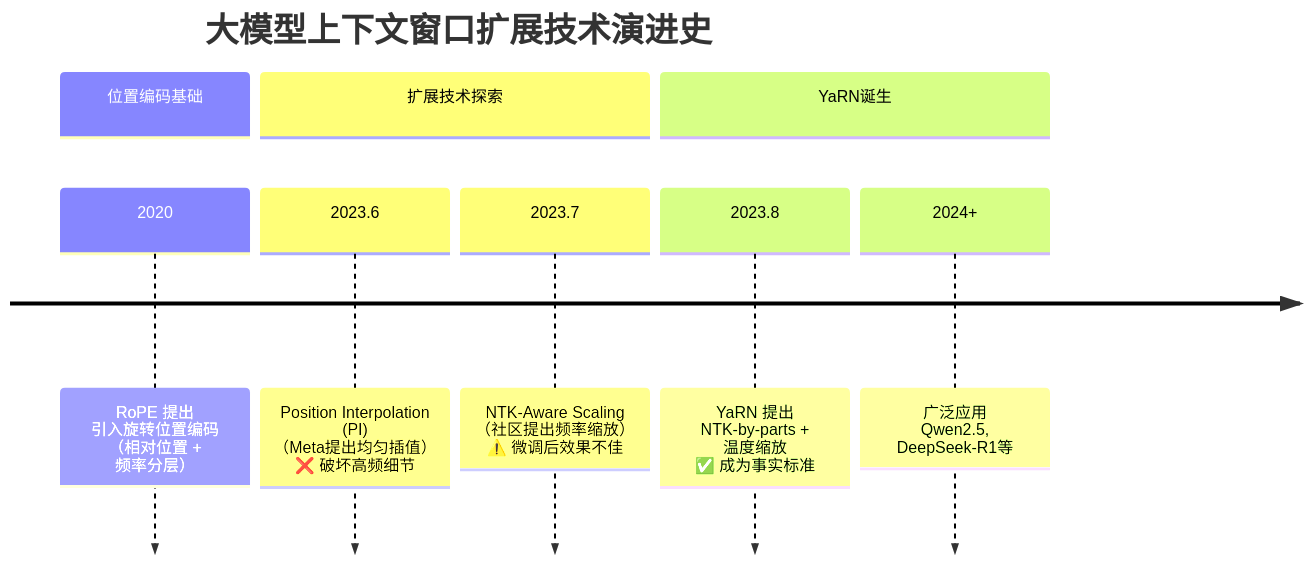
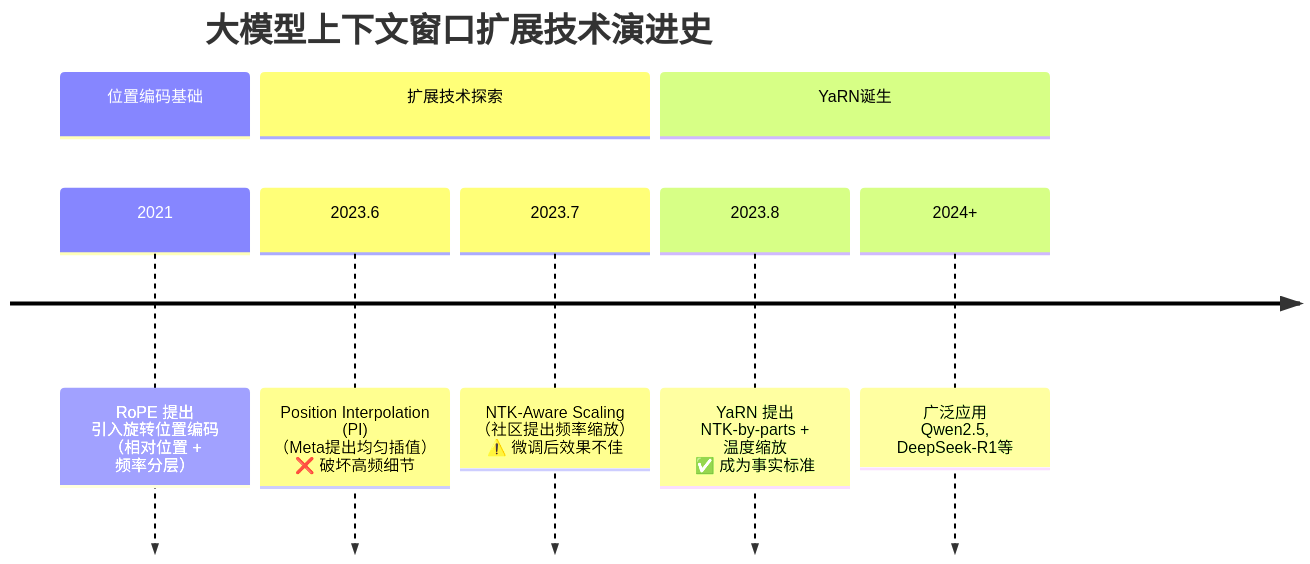
One commit to is-Aaron/is-Aaron.github.io changed the first of 9 diagrams in _posts/2026-02-05-yarn-context-extension.md. Above: the diagram before and after it, drawn with Mermaid. The commit also changed other lines of this file and 15 other files, not shown here.

````diff
--- a/_posts/2026-02-05-yarn-context-extension.md
+++ b/_posts/2026-02-05-yarn-context-extension.md
@@ -26,12 +26,12 @@
 ```mermaid
 timeline
     title 大模型上下文窗口扩展技术演进史
     section 位置编码基础
-      2020 : RoPE 提出<br>引入旋转位置编码<br>（相对位置 + 频率分层）
+      2021 : RoPE 提出<br>引入旋转位置编码<br>（相对位置 + 频率分层）
     section 扩展技术探索
       2023.6 : Position Interpolation (PI)<br>（Meta提出均匀插值）<br>❌ 破坏高频细节
       2023.7 : NTK-Aware Scaling<br>（社区提出频率缩放）<br>⚠️ 微调后效果不佳
     section YaRN诞生
       2023.8 : YaRN 提出<br>NTK-by-parts + 温度缩放<br>✅ 成为事实标准
       2024+ : 广泛应用<br>Qwen2.5, DeepSeek-R1等
 ```
````
